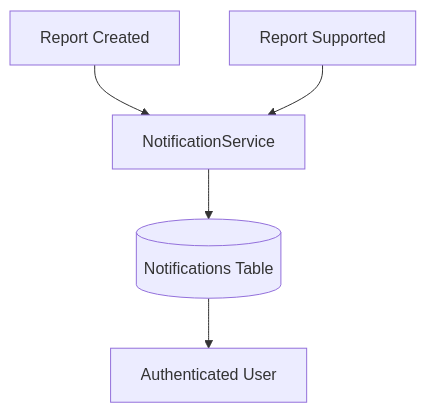
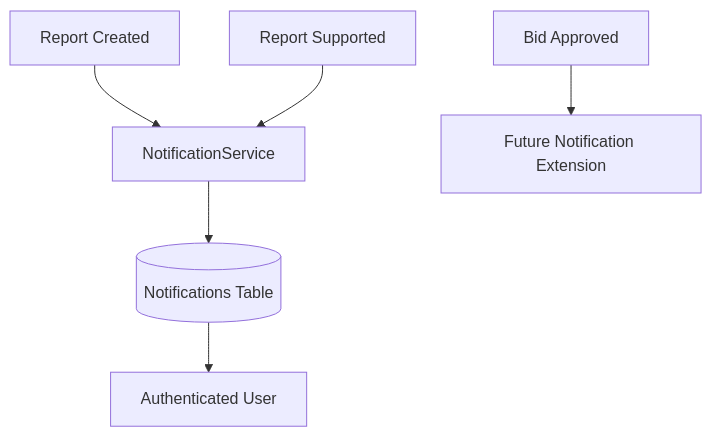
Before and after one commit to OmkarDongre7772/SnapFix-Backend: the seventh of 10 diagrams in README.md, drawn with Mermaid. The commit also changed other lines of this file and 29 other files, not shown here.

````diff
--- a/README.md
+++ b/README.md
@@ -250,13 +312,15 @@
 ```mermaid
 flowchart TD
 
     ReportCreated[Report Created]
     ReportSupported[Report Supported]
+    BidApproved[Bid Approved]
 
     ReportCreated --> NotificationService
     ReportSupported --> NotificationService
+    BidApproved --> FutureNotification[Future Notification Extension]
 
     NotificationService --> Database[(Notifications Table)]
 
     Database --> User[Authenticated User]
 ```
````
